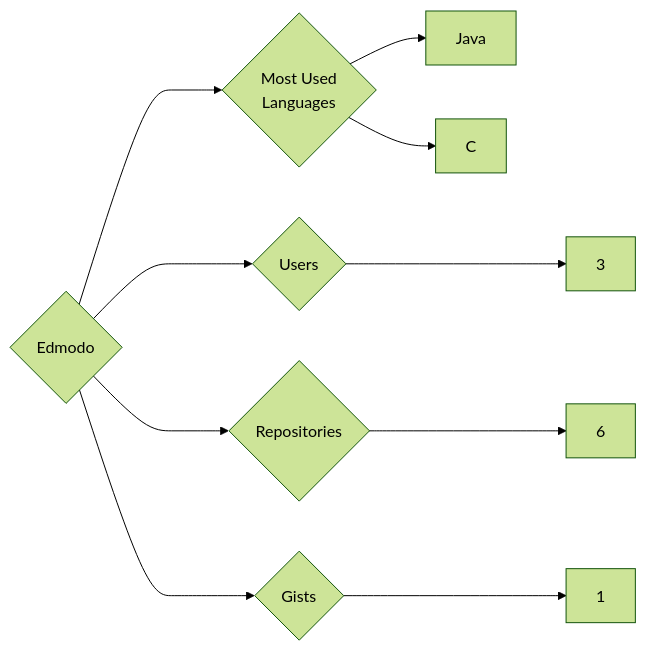
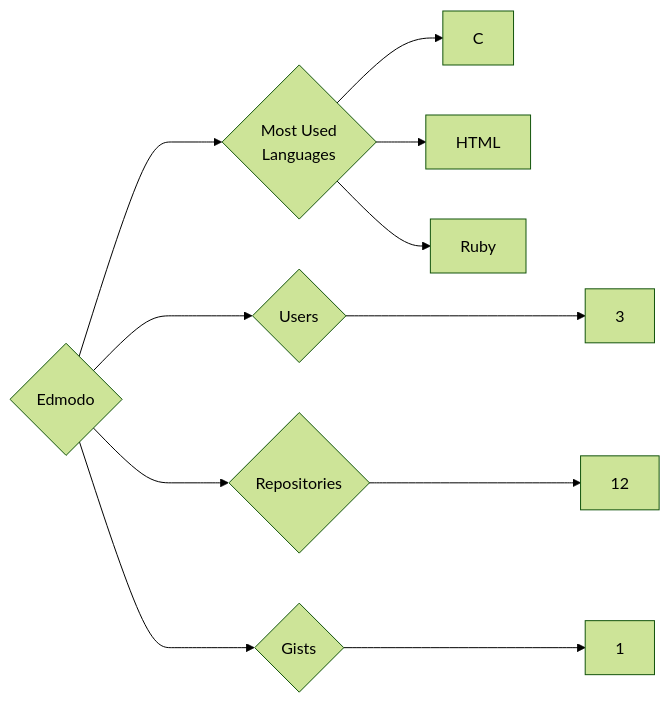
The diagram in targets/Edmodo/README.md (trickest/insiders), drawn with Mermaid (forest theme) before and after one commit. The commit also changed 772 other files, not shown here.

````diff
--- a/targets/Edmodo/README.md
+++ b/targets/Edmodo/README.md
@@ -3,10 +3,11 @@
 ```mermaid
 graph LR
 COMPANY_NAME{Edmodo}
 COMPANY_NAME ---> U{Users} ---> UN[3]
-COMPANY_NAME ---> R{Repositories} ---> RN[6]
+COMPANY_NAME ---> R{Repositories} ---> RN[12]
 COMPANY_NAME ---> G{Gists} ---> GN[1]
 COMPANY_NAME ---> ML{Most Used<br>Languages}
-ML --> Java[Java]
 ML --> C[C]
+ML --> HTML[HTML]
+ML --> Ruby[Ruby]
 ```
````
